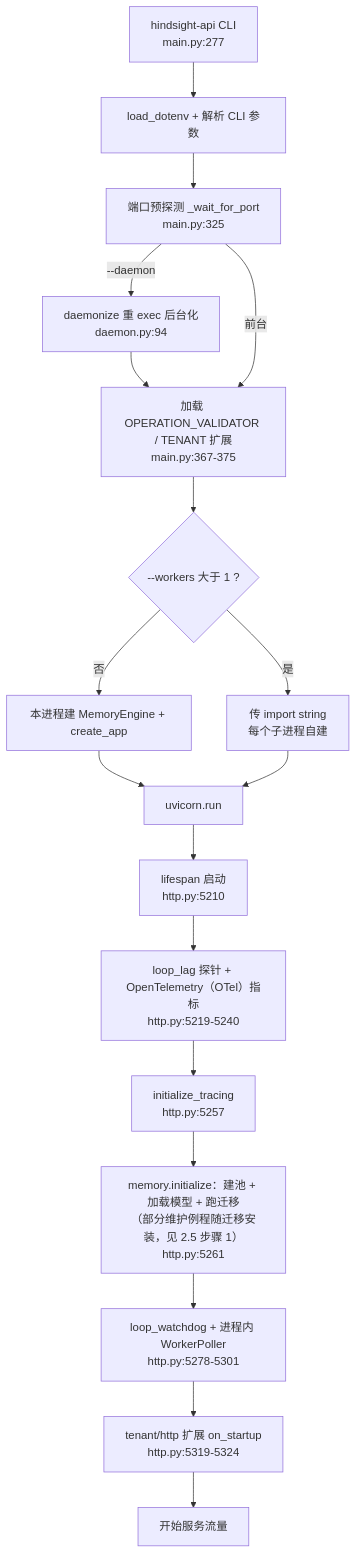
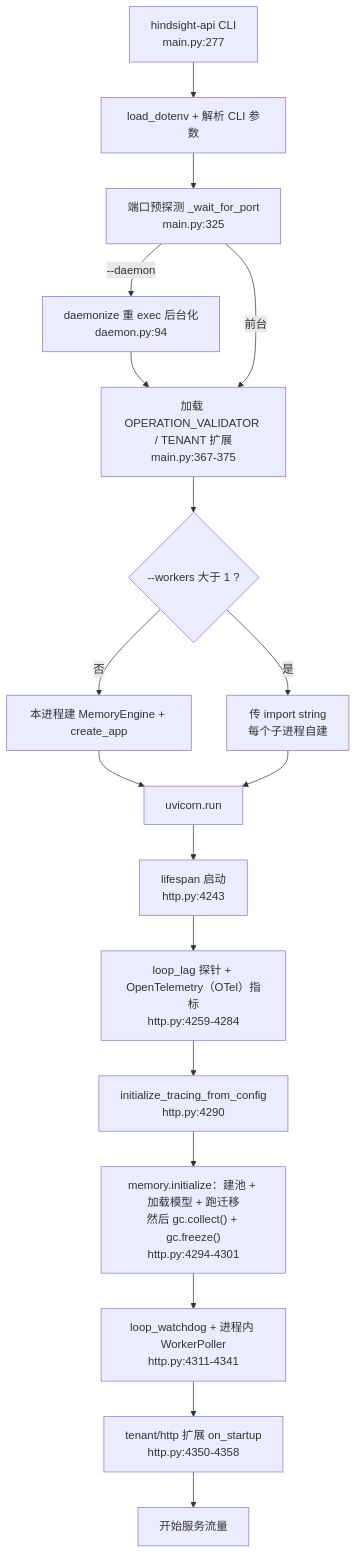
One commit to stefanv5/memory-platform-architecture changed the second of 7 diagrams in docs/hindsight/source-study/06-api-层与服务形态.md. Above: the diagram before and after it, drawn with Mermaid. The commit also changed other lines of this file and 10 other files, not shown here.

````diff
--- a/docs/hindsight/source-study/06-api-层与服务形态.md
+++ b/docs/hindsight/source-study/06-api-层与服务形态.md
@@ -167,20 +174,20 @@
 ```mermaid
 flowchart TD
     A["hindsight-api CLI<br/>main.py:277"] --> B["load_dotenv + 解析 CLI 参数"]
     B --> C["端口预探测 _wait_for_port<br/>main.py:325"]
     C -->|"--daemon"| D["daemonize 重 exec 后台化<br/>daemon.py:94"]
     D --> E
     C -->|"前台"| E["加载 OPERATION_VALIDATOR / TENANT 扩展<br/>main.py:367-375"]
     E --> F{"--workers 大于 1 ?"}
     F -->|"否"| G["本进程建 MemoryEngine + create_app"]
     F -->|"是"| H["传 import string<br/>每个子进程自建"]
     G --> I["uvicorn.run"]
     H --> I
-    I --> J["lifespan 启动<br/>http.py:5210"]
-    J --> K["loop_lag 探针 + OpenTelemetry（OTel）指标<br/>http.py:5219-5240"]
-    K --> L["initialize_tracing<br/>http.py:5257"]
-    L --> M["memory.initialize：建池 + 加载模型 + 跑迁移<br/>（部分维护例程随迁移安装，见 2.5 步骤 1）<br/>http.py:5261"]
-    M --> N["loop_watchdog + 进程内 WorkerPoller<br/>http.py:5278-5301"]
-    N --> O["tenant/http 扩展 on_startup<br/>http.py:5319-5324"]
+    I --> J["lifespan 启动<br/>http.py:4243"]
+    J --> K["loop_lag 探针 + OpenTelemetry（OTel）指标<br/>http.py:4259-4284"]
+    K --> L["initialize_tracing_from_config<br/>http.py:4290"]
+    L --> M["memory.initialize：建池 + 加载模型 + 跑迁移<br/>然后 gc.collect() + gc.freeze()<br/>http.py:4294-4301"]
+    M --> N["loop_watchdog + 进程内 WorkerPoller<br/>http.py:4311-4341"]
+    N --> O["tenant/http 扩展 on_startup<br/>http.py:4350-4358"]
     O --> P["开始服务流量"]
 ```
````
